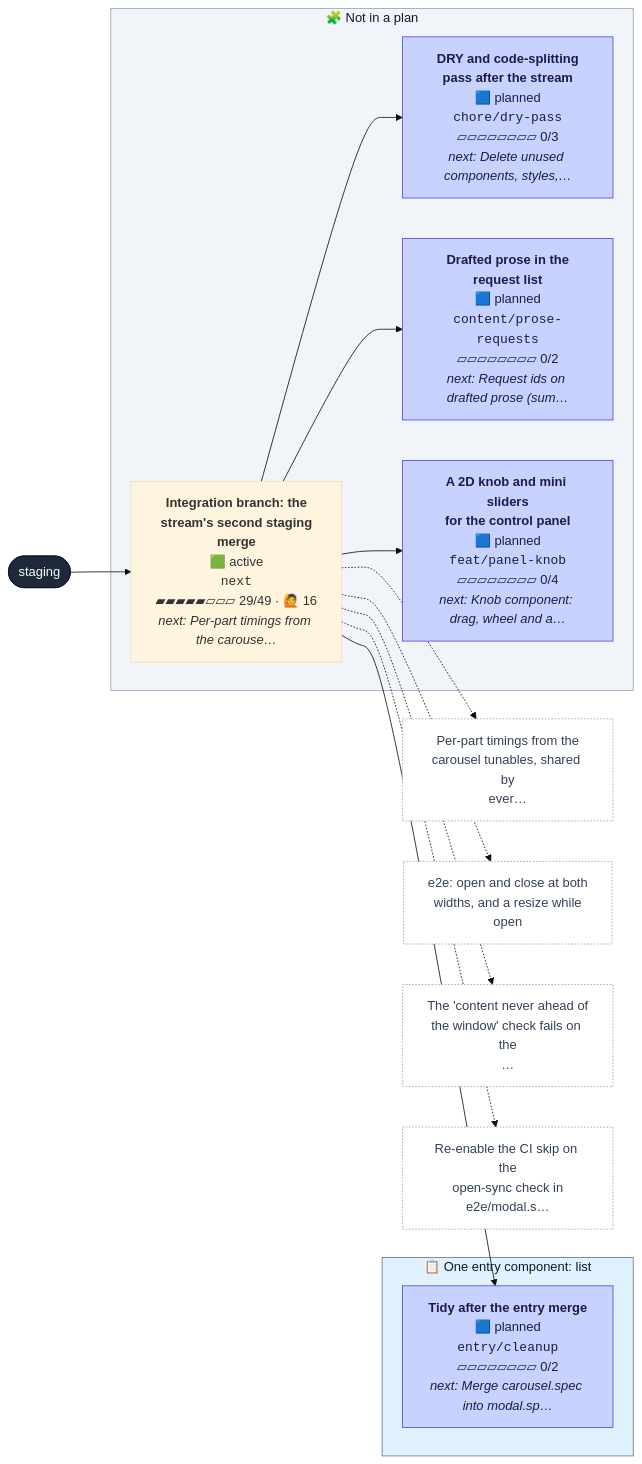
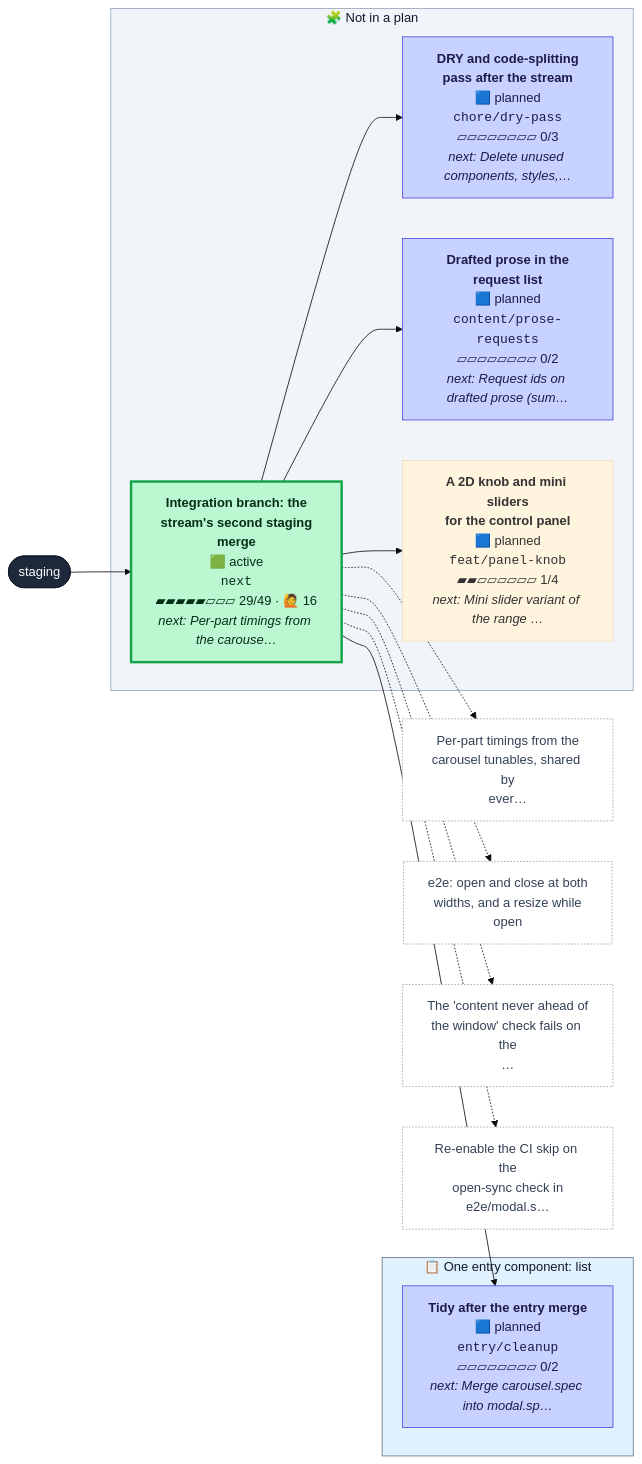
The first of 2 diagrams in CONTRIBUTING.md (henryjonescodes/portfolio), drawn with Mermaid (base theme) before and after one commit. The commit also changed other lines of this file and 1 other file, not shown here.

````diff
--- a/CONTRIBUTING.md
+++ b/CONTRIBUTING.md
@@ -16,47 +16,47 @@
 ```mermaid
 flowchart LR
   n_staging([staging])
   class n_staging trunk
   subgraph plan_0["📋 One entry component: list"]
     n_entry_cleanup["<b>Tidy after the entry merge</b><br/>🟦 planned<br/><code>entry/cleanup</code><br/>▱▱▱▱▱▱▱▱ 0/2<br/><i>next: Merge carousel.spec into modal.sp…</i>"]
     class n_entry_cleanup planned
   end
   style plan_0 fill:#e0f2fe,stroke:#64748b,color:#0f172a
   subgraph loose["🧩 Not in a plan"]
     n_chore_dry_pass["<b>DRY and code-splitting<br/>pass after the stream</b><br/>🟦 planned<br/><code>chore/dry-pass</code><br/>▱▱▱▱▱▱▱▱ 0/3<br/><i>next: Delete unused components, styles,…</i>"]
     class n_chore_dry_pass planned
     n_content_prose_requests["<b>Drafted prose in the<br/>request list</b><br/>🟦 planned<br/><code>content/prose-requests</code><br/>▱▱▱▱▱▱▱▱ 0/2<br/><i>next: Request ids on drafted prose (sum…</i>"]
     class n_content_prose_requests planned
-    n_feat_panel_knob["<b>A 2D knob and mini sliders<br/>for the control panel</b><br/>🟦 planned<br/><code>feat/panel-knob</code><br/>▱▱▱▱▱▱▱▱ 0/4<br/><i>next: Knob component: drag, wheel and a…</i>"]
-    class n_feat_panel_knob planned
+    n_feat_panel_knob["<b>A 2D knob and mini sliders<br/>for the control panel</b><br/>🟦 planned<br/><code>feat/panel-knob</code><br/>▰▰▱▱▱▱▱▱ 1/4<br/><i>next: Mini slider variant of the range …</i>"]
+    class n_feat_panel_knob planned,current
     n_next["<b>Integration branch: the<br/>stream's second staging<br/>merge</b><br/>🟩 active<br/><code>next</code><br/>▰▰▰▰▰▱▱▱ 29/49 · 🙋 16<br/><i>next: Per-part timings from the carouse…</i>"]
-    class n_next active,current
+    class n_next active
   end
   style loose fill:#f1f5f9,stroke:#94a3b8,color:#0f172a
   n_next --> n_chore_dry_pass
   n_next --> n_content_prose_requests
   n_next --> n_entry_cleanup
   n_next --> n_feat_panel_knob
   n_staging --> n_next
   n_next_t0["Per-part timings from the<br/>carousel tunables, shared by<br/>ever…"]
   class n_next_t0 todo
   n_next -.-> n_next_t0
   n_next_t1["e2e: open and close at both<br/>widths, and a resize while<br/>open"]
   class n_next_t1 todo
   n_next -.-> n_next_t1
   n_next_t2["The 'content never ahead of<br/>the window' check fails on the<br/>…"]
   class n_next_t2 todo
   n_next -.-> n_next_t2
   n_next_t3["Re-enable the CI skip on the<br/>open-sync check in<br/>e2e/modal.s…"]
   class n_next_t3 todo
   n_next -.-> n_next_t3
   classDef merged fill:#dcfce7,stroke:#16a34a,color:#052e16
   classDef todo fill:#ffffff,stroke:#94a3b8,stroke-dasharray:2 2,color:#334155
   classDef planned fill:#c7d2fe,stroke:#4f46e5,color:#1e1b4b
   classDef sketched fill:#f8fafc,stroke:#64748b,stroke-dasharray:4 3,color:#334155
   classDef active fill:#bbf7d0,stroke:#16a34a,stroke-width:3px,color:#052e16
   classDef review fill:#fde68a,stroke:#d97706,stroke-width:3px,color:#451a03
   classDef blocked fill:#fecaca,stroke:#dc2626,stroke-width:3px,color:#450a0a
   classDef trunk fill:#1e293b,stroke:#0f172a,color:#f8fafc
   classDef current stroke:#0ea5e9,stroke-width:5px
 ```
````
